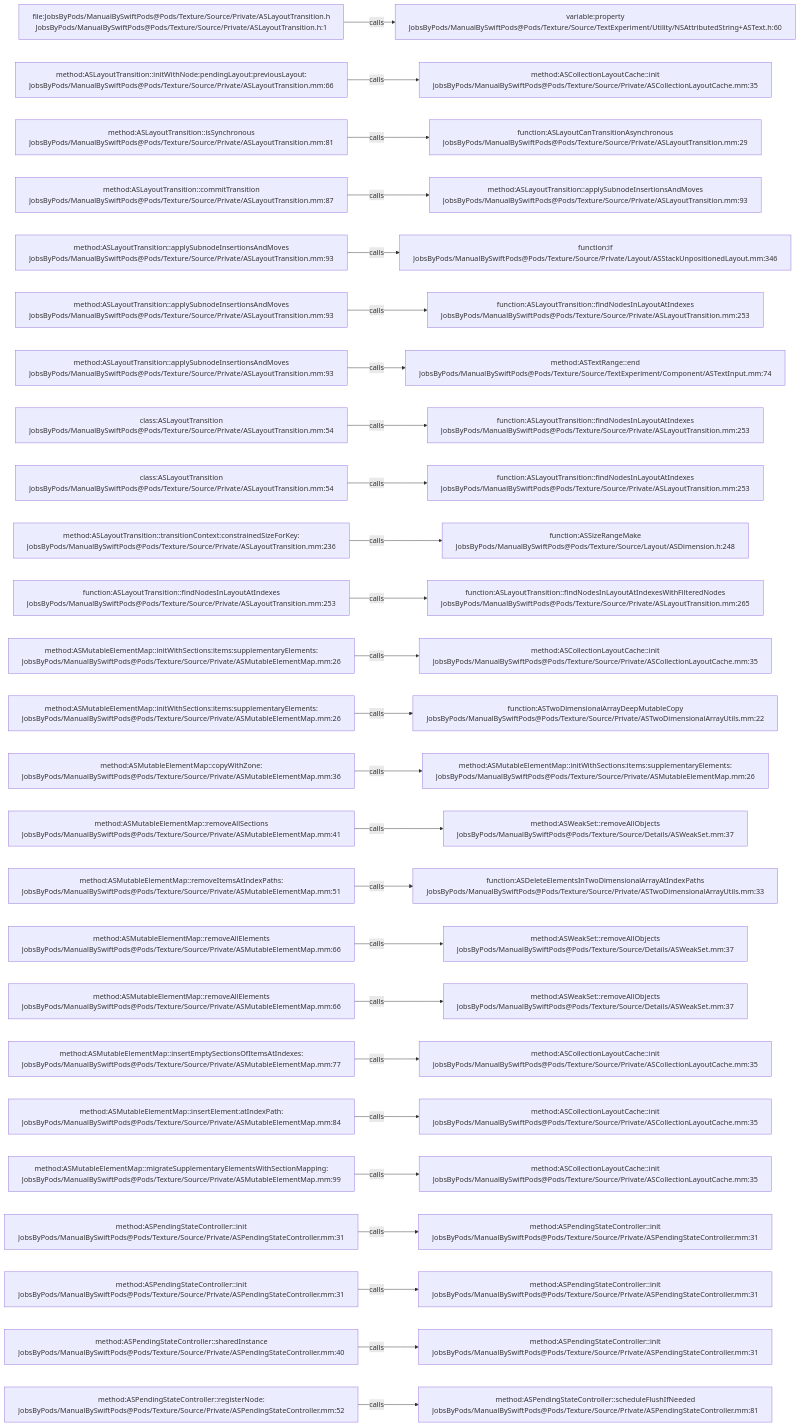
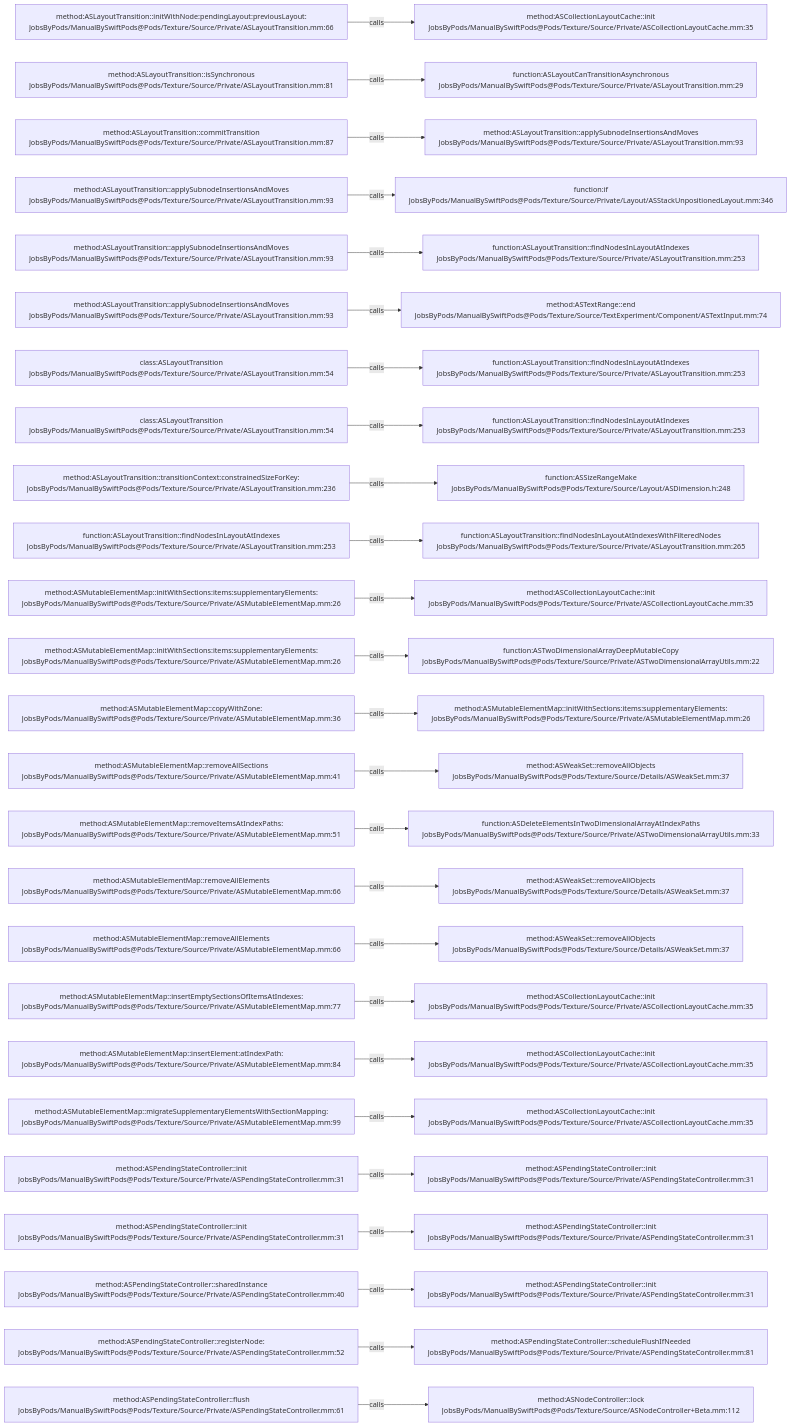
One commit to JobsKits/JobsSwiftBaseConfigDemo changed the diagram in .codegraph/codegraph.md/graphs/calls-121.md. Above: the diagram before and after it, drawn with Mermaid. The commit also changed 747 other files, not shown here.

````diff
--- a/.codegraph/codegraph.md/graphs/calls-121.md
+++ b/.codegraph/codegraph.md/graphs/calls-121.md
@@ -13,78 +13,78 @@
 ```mermaid
 flowchart LR
-  S1["file:JobsByPods/ManualBySwiftPods@Pods/Texture/Source/Private/ASLayoutTransition.h<br/>JobsByPods/ManualBySwiftPods@Pods/Texture/Source/Private/ASLayoutTransition.h:1"]
-  T1["variable:property<br/>JobsByPods/ManualBySwiftPods@Pods/Texture/Source/TextExperiment/Utility/NSAttributedString+ASText.h:60"]
+  S1["method:ASLayoutTransition::initWithNode:pendingLayout:previousLayout:<br/>JobsByPods/ManualBySwiftPods@Pods/Texture/Source/Private/ASLayoutTransition.mm:66"]
+  T1["method:ASCollectionLayoutCache::init<br/>JobsByPods/ManualBySwiftPods@Pods/Texture/Source/Private/ASCollectionLayoutCache.mm:35"]
   S1 -->|calls| T1
-  S2["method:ASLayoutTransition::initWithNode:pendingLayout:previousLayout:<br/>JobsByPods/ManualBySwiftPods@Pods/Texture/Source/Private/ASLayoutTransition.mm:66"]
-  T2["method:ASCollectionLayoutCache::init<br/>JobsByPods/ManualBySwiftPods@Pods/Texture/Source/Private/ASCollectionLayoutCache.mm:35"]
+  S2["method:ASLayoutTransition::isSynchronous<br/>JobsByPods/ManualBySwiftPods@Pods/Texture/Source/Private/ASLayoutTransition.mm:81"]
+  T2["function:ASLayoutCanTransitionAsynchronous<br/>JobsByPods/ManualBySwiftPods@Pods/Texture/Source/Private/ASLayoutTransition.mm:29"]
   S2 -->|calls| T2
-  S3["method:ASLayoutTransition::isSynchronous<br/>JobsByPods/ManualBySwiftPods@Pods/Texture/Source/Private/ASLayoutTransition.mm:81"]
-  T3["function:ASLayoutCanTransitionAsynchronous<br/>JobsByPods/ManualBySwiftPods@Pods/Texture/Source/Private/ASLayoutTransition.mm:29"]
+  S3["method:ASLayoutTransition::commitTransition<br/>JobsByPods/ManualBySwiftPods@Pods/Texture/Source/Private/ASLayoutTransition.mm:87"]
+  T3["method:ASLayoutTransition::applySubnodeInsertionsAndMoves<br/>JobsByPods/ManualBySwiftPods@Pods/Texture/Source/Private/ASLayoutTransition.mm:93"]
   S3 -->|calls| T3
-  S4["method:ASLayoutTransition::commitTransition<br/>JobsByPods/ManualBySwiftPods@Pods/Texture/Source/Private/ASLayoutTransition.mm:87"]
-  T4["method:ASLayoutTransition::applySubnodeInsertionsAndMoves<br/>JobsByPods/ManualBySwiftPods@Pods/Texture/Source/Private/ASLayoutTransition.mm:93"]
+  S4["method:ASLayoutTransition::applySubnodeInsertionsAndMoves<br/>JobsByPods/ManualBySwiftPods@Pods/Texture/Source/Private/ASLayoutTransition.mm:93"]
+  T4["function:if<br/>JobsByPods/ManualBySwiftPods@Pods/Texture/Source/Private/Layout/ASStackUnpositionedLayout.mm:346"]
   S4 -->|calls| T4
   S5["method:ASLayoutTransition::applySubnodeInsertionsAndMoves<br/>JobsByPods/ManualBySwiftPods@Pods/Texture/Source/Private/ASLayoutTransition.mm:93"]
-  T5["function:if<br/>JobsByPods/ManualBySwiftPods@Pods/Texture/Source/Private/Layout/ASStackUnpositionedLayout.mm:346"]
+  T5["function:ASLayoutTransition::findNodesInLayoutAtIndexes<br/>JobsByPods/ManualBySwiftPods@Pods/Texture/Source/Private/ASLayoutTransition.mm:253"]
   S5 -->|calls| T5
   S6["method:ASLayoutTransition::applySubnodeInsertionsAndMoves<br/>JobsByPods/ManualBySwiftPods@Pods/Texture/Source/Private/ASLayoutTransition.mm:93"]
-  T6["function:ASLayoutTransition::findNodesInLayoutAtIndexes<br/>JobsByPods/ManualBySwiftPods@Pods/Texture/Source/Private/ASLayoutTransition.mm:253"]
+  T6["method:ASTextRange::end<br/>JobsByPods/ManualBySwiftPods@Pods/Texture/Source/TextExperiment/Component/ASTextInput.mm:74"]
   S6 -->|calls| T6
-  S7["method:ASLayoutTransition::applySubnodeInsertionsAndMoves<br/>JobsByPods/ManualBySwiftPods@Pods/Texture/Source/Private/ASLayoutTransition.mm:93"]
-  T7["method:ASTextRange::end<br/>JobsByPods/ManualBySwiftPods@Pods/Texture/Source/TextExperiment/Component/ASTextInput.mm:74"]
+  S7["class:ASLayoutTransition<br/>JobsByPods/ManualBySwiftPods@Pods/Texture/Source/Private/ASLayoutTransition.mm:54"]
+  T7["function:ASLayoutTransition::findNodesInLayoutAtIndexes<br/>JobsByPods/ManualBySwiftPods@Pods/Texture/Source/Private/ASLayoutTransition.mm:253"]
   S7 -->|calls| T7
   S8["class:ASLayoutTransition<br/>JobsByPods/ManualBySwiftPods@Pods/Texture/Source/Private/ASLayoutTransition.mm:54"]
   T8["function:ASLayoutTransition::findNodesInLayoutAtIndexes<br/>JobsByPods/ManualBySwiftPods@Pods/Texture/Source/Private/ASLayoutTransition.mm:253"]
   S8 -->|calls| T8
-  S9["class:ASLayoutTransition<br/>JobsByPods/ManualBySwiftPods@Pods/Texture/Source/Private/ASLayoutTransition.mm:54"]
-  T9["function:ASLayoutTransition::findNodesInLayoutAtIndexes<br/>JobsByPods/ManualBySwiftPods@Pods/Texture/Source/Private/ASLayoutTransition.mm:253"]
+  S9["method:ASLayoutTransition::transitionContext:constrainedSizeForKey:<br/>JobsByPods/ManualBySwiftPods@Pods/Texture/Source/Private/ASLayoutTransition.mm:236"]
+  T9["function:ASSizeRangeMake<br/>JobsByPods/ManualBySwiftPods@Pods/Texture/Source/Layout/ASDimension.h:248"]
   S9 -->|calls| T9
-  S10["method:ASLayoutTransition::transitionContext:constrainedSizeForKey:<br/>JobsByPods/ManualBySwiftPods@Pods/Texture/Source/Private/ASLayoutTransition.mm:236"]
-  T10["function:ASSizeRangeMake<br/>JobsByPods/ManualBySwiftPods@Pods/Texture/Source/Layout/ASDimension.h:248"]
+  S10["function:ASLayoutTransition::findNodesInLayoutAtIndexes<br/>JobsByPods/ManualBySwiftPods@Pods/Texture/Source/Private/ASLayoutTransition.mm:253"]
+  T10["function:ASLayoutTransition::findNodesInLayoutAtIndexesWithFilteredNodes<br/>JobsByPods/ManualBySwiftPods@Pods/Texture/Source/Private/ASLayoutTransition.mm:265"]
   S10 -->|calls| T10
-  S11["function:ASLayoutTransition::findNodesInLayoutAtIndexes<br/>JobsByPods/ManualBySwiftPods@Pods/Texture/Source/Private/ASLayoutTransition.mm:253"]
-  T11["function:ASLayoutTransition::findNodesInLayoutAtIndexesWithFilteredNodes<br/>JobsByPods/ManualBySwiftPods@Pods/Texture/Source/Private/ASLayoutTransition.mm:265"]
+  S11["method:ASMutableElementMap::initWithSections:items:supplementaryElements:<br/>JobsByPods/ManualBySwiftPods@Pods/Texture/Source/Private/ASMutableElementMap.mm:26"]
+  T11["method:ASCollectionLayoutCache::init<br/>JobsByPods/ManualBySwiftPods@Pods/Texture/Source/Private/ASCollectionLayoutCache.mm:35"]
   S11 -->|calls| T11
   S12["method:ASMutableElementMap::initWithSections:items:supplementaryElements:<br/>JobsByPods/ManualBySwiftPods@Pods/Texture/Source/Private/ASMutableElementMap.mm:26"]
-  T12["method:ASCollectionLayoutCache::init<br/>JobsByPods/ManualBySwiftPods@Pods/Texture/Source/Private/ASCollectionLayoutCache.mm:35"]
+  T12["function:ASTwoDimensionalArrayDeepMutableCopy<br/>JobsByPods/ManualBySwiftPods@Pods/Texture/Source/Private/ASTwoDimensionalArrayUtils.mm:22"]
   S12 -->|calls| T12
-  S13["method:ASMutableElementMap::initWithSections:items:supplementaryElements:<br/>JobsByPods/ManualBySwiftPods@Pods/Texture/Source/Private/ASMutableElementMap.mm:26"]
-  T13["function:ASTwoDimensionalArrayDeepMutableCopy<br/>JobsByPods/ManualBySwiftPods@Pods/Texture/Source/Private/ASTwoDimensionalArrayUtils.mm:22"]
+  S13["method:ASMutableElementMap::copyWithZone:<br/>JobsByPods/ManualBySwiftPods@Pods/Texture/Source/Private/ASMutableElementMap.mm:36"]
+  T13["method:ASMutableElementMap::initWithSections:items:supplementaryElements:<br/>JobsByPods/ManualBySwiftPods@Pods/Texture/Source/Private/ASMutableElementMap.mm:26"]
   S13 -->|calls| T13
-  S14["method:ASMutableElementMap::copyWithZone:<br/>JobsByPods/ManualBySwiftPods@Pods/Texture/Source/Private/ASMutableElementMap.mm:36"]
-  T14["method:ASMutableElementMap::initWithSections:items:supplementaryElements:<br/>JobsByPods/ManualBySwiftPods@Pods/Texture/Source/Private/ASMutableElementMap.mm:26"]
+  S14["method:ASMutableElementMap::removeAllSections<br/>JobsByPods/ManualBySwiftPods@Pods/Texture/Source/Private/ASMutableElementMap.mm:41"]
+  T14["method:ASWeakSet::removeAllObjects<br/>JobsByPods/ManualBySwiftPods@Pods/Texture/Source/Details/ASWeakSet.mm:37"]
   S14 -->|calls| T14
-  S15["method:ASMutableElementMap::removeAllSections<br/>JobsByPods/ManualBySwiftPods@Pods/Texture/Source/Private/ASMutableElementMap.mm:41"]
-  T15["method:ASWeakSet::removeAllObjects<br/>JobsByPods/ManualBySwiftPods@Pods/Texture/Source/Details/ASWeakSet.mm:37"]
+  S15["method:ASMutableElementMap::removeItemsAtIndexPaths:<br/>JobsByPods/ManualBySwiftPods@Pods/Texture/Source/Private/ASMutableElementMap.mm:51"]
+  T15["function:ASDeleteElementsInTwoDimensionalArrayAtIndexPaths<br/>JobsByPods/ManualBySwiftPods@Pods/Texture/Source/Private/ASTwoDimensionalArrayUtils.mm:33"]
   S15 -->|calls| T15
-  S16["method:ASMutableElementMap::removeItemsAtIndexPaths:<br/>JobsByPods/ManualBySwiftPods@Pods/Texture/Source/Private/ASMutableElementMap.mm:51"]
-  T16["function:ASDeleteElementsInTwoDimensionalArrayAtIndexPaths<br/>JobsByPods/ManualBySwiftPods@Pods/Texture/Source/Private/ASTwoDimensionalArrayUtils.mm:33"]
+  S16["method:ASMutableElementMap::removeAllElements<br/>JobsByPods/ManualBySwiftPods@Pods/Texture/Source/Private/ASMutableElementMap.mm:66"]
+  T16["method:ASWeakSet::removeAllObjects<br/>JobsByPods/ManualBySwiftPods@Pods/Texture/Source/Details/ASWeakSet.mm:37"]
   S16 -->|calls| T16
   S17["method:ASMutableElementMap::removeAllElements<br/>JobsByPods/ManualBySwiftPods@Pods/Texture/Source/Private/ASMutableElementMap.mm:66"]
   T17["method:ASWeakSet::removeAllObjects<br/>JobsByPods/ManualBySwiftPods@Pods/Texture/Source/Details/ASWeakSet.mm:37"]
   S17 -->|calls| T17
-  S18["method:ASMutableElementMap::removeAllElements<br/>JobsByPods/ManualBySwiftPods@Pods/Texture/Source/Private/ASMutableElementMap.mm:66"]
-  T18["method:ASWeakSet::removeAllObjects<br/>JobsByPods/ManualBySwiftPods@Pods/Texture/Source/Details/ASWeakSet.mm:37"]
+  S18["method:ASMutableElementMap::insertEmptySectionsOfItemsAtIndexes:<br/>JobsByPods/ManualBySwiftPods@Pods/Texture/Source/Private/ASMutableElementMap.mm:77"]
+  T18["method:ASCollectionLayoutCache::init<br/>JobsByPods/ManualBySwiftPods@Pods/Texture/Source/Private/ASCollectionLayoutCache.mm:35"]
   S18 -->|calls| T18
-  S19["method:ASMutableElementMap::insertEmptySectionsOfItemsAtIndexes:<br/>JobsByPods/ManualBySwiftPods@Pods/Texture/Source/Private/ASMutableElementMap.mm:77"]
+  S19["method:ASMutableElementMap::insertElement:atIndexPath:<br/>JobsByPods/ManualBySwiftPods@Pods/Texture/Source/Private/ASMutableElementMap.mm:84"]
   T19["method:ASCollectionLayoutCache::init<br/>JobsByPods/ManualBySwiftPods@Pods/Texture/Source/Private/ASCollectionLayoutCache.mm:35"]
   S19 -->|calls| T19
-  S20["method:ASMutableElementMap::insertElement:atIndexPath:<br/>JobsByPods/ManualBySwiftPods@Pods/Texture/Source/Private/ASMutableElementMap.mm:84"]
+  S20["method:ASMutableElementMap::migrateSupplementaryElementsWithSectionMapping:<br/>JobsByPods/ManualBySwiftPods@Pods/Texture/Source/Private/ASMutableElementMap.mm:99"]
   T20["method:ASCollectionLayoutCache::init<br/>JobsByPods/ManualBySwiftPods@Pods/Texture/Source/Private/ASCollectionLayoutCache.mm:35"]
   S20 -->|calls| T20
-  S21["method:ASMutableElementMap::migrateSupplementaryElementsWithSectionMapping:<br/>JobsByPods/ManualBySwiftPods@Pods/Texture/Source/Private/ASMutableElementMap.mm:99"]
-  T21["method:ASCollectionLayoutCache::init<br/>JobsByPods/ManualBySwiftPods@Pods/Texture/Source/Private/ASCollectionLayoutCache.mm:35"]
+  S21["method:ASPendingStateController::init<br/>JobsByPods/ManualBySwiftPods@Pods/Texture/Source/Private/ASPendingStateController.mm:31"]
+  T21["method:ASPendingStateController::init<br/>JobsByPods/ManualBySwiftPods@Pods/Texture/Source/Private/ASPendingStateController.mm:31"]
   S21 -->|calls| T21
   S22["method:ASPendingStateController::init<br/>JobsByPods/ManualBySwiftPods@Pods/Texture/Source/Private/ASPendingStateController.mm:31"]
   T22["method:ASPendingStateController::init<br/>JobsByPods/ManualBySwiftPods@Pods/Texture/Source/Private/ASPendingStateController.mm:31"]
   S22 -->|calls| T22
-  S23["method:ASPendingStateController::init<br/>JobsByPods/ManualBySwiftPods@Pods/Texture/Source/Private/ASPendingStateController.mm:31"]
+  S23["method:ASPendingStateController::sharedInstance<br/>JobsByPods/ManualBySwiftPods@Pods/Texture/Source/Private/ASPendingStateController.mm:40"]
   T23["method:ASPendingStateController::init<br/>JobsByPods/ManualBySwiftPods@Pods/Texture/Source/Private/ASPendingStateController.mm:31"]
   S23 -->|calls| T23
-  S24["method:ASPendingStateController::sharedInstance<br/>JobsByPods/ManualBySwiftPods@Pods/Texture/Source/Private/ASPendingStateController.mm:40"]
-  T24["method:ASPendingStateController::init<br/>JobsByPods/ManualBySwiftPods@Pods/Texture/Source/Private/ASPendingStateController.mm:31"]
+  S24["method:ASPendingStateController::registerNode:<br/>JobsByPods/ManualBySwiftPods@Pods/Texture/Source/Private/ASPendingStateController.mm:52"]
+  T24["method:ASPendingStateController::scheduleFlushIfNeeded<br/>JobsByPods/ManualBySwiftPods@Pods/Texture/Source/Private/ASPendingStateController.mm:81"]
   S24 -->|calls| T24
-  S25["method:ASPendingStateController::registerNode:<br/>JobsByPods/ManualBySwiftPods@Pods/Texture/Source/Private/ASPendingStateController.mm:52"]
-  T25["method:ASPendingStateController::scheduleFlushIfNeeded<br/>JobsByPods/ManualBySwiftPods@Pods/Texture/Source/Private/ASPendingStateController.mm:81"]
+  S25["method:ASPendingStateController::flush<br/>JobsByPods/ManualBySwiftPods@Pods/Texture/Source/Private/ASPendingStateController.mm:61"]
+  T25["method:ASNodeController::lock<br/>JobsByPods/ManualBySwiftPods@Pods/Texture/Source/ASNodeController+Beta.mm:112"]
   S25 -->|calls| T25
 ```
````
